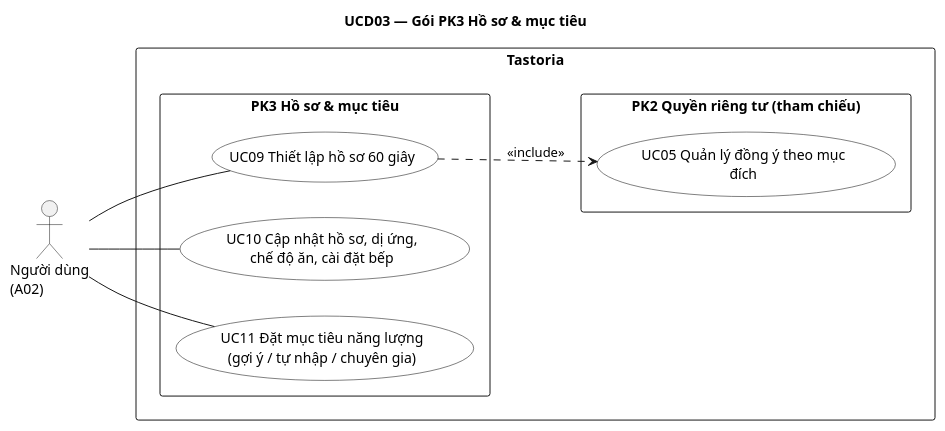
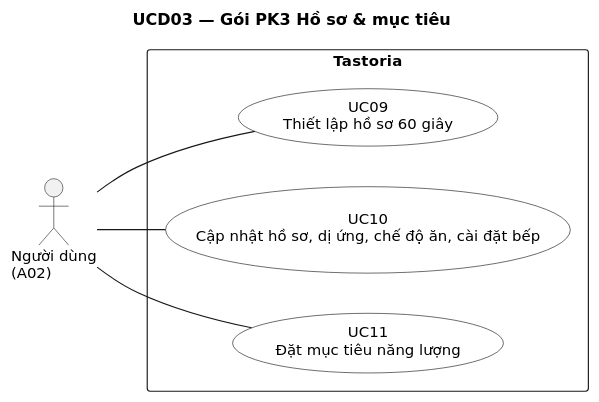
Before and after one commit to NamBuw/Tastoria: the diagram in docs/uml/usecase/UCD03-ho-so-muc-tieu.puml, drawn with PlantUML. The commit also changed 484 other files, not shown here.

First line of the commit message:
docs: split UML and ERD diagrams into one-topic views from a single model

```diff
--- a/docs/uml/usecase/UCD03-ho-so-muc-tieu.puml
+++ b/docs/uml/usecase/UCD03-ho-so-muc-tieu.puml
@@ -1,30 +1,27 @@
 @startuml
 title UCD03 — Gói PK3 Hồ sơ & mục tiêu
-' Sinh từ docs/sad/model.yaml (actors, use_cases, rels). Không sửa tay mã định danh.
+' Sinh từ docs/sad/tools/diagrams/model.py — sửa ở đó rồi chạy gen_puml.py, không sửa tay.
+skinparam shadowing false
+skinparam defaultFontName DejaVu Sans
+skinparam defaultFontSize 13
+skinparam dpi 110
+
 left to right direction
 skinparam packageStyle rectangle
 skinparam actorStyle stick
 skinparam usecase {
   BackgroundColor White
   BorderColor Black
 }
 
 actor "Người dùng\n(A02)" as A02
-
 rectangle "Tastoria" {
-  package "PK3 Hồ sơ & mục tiêu" as PK3 {
-    usecase "UC09 Thiết lập hồ sơ 60 giây" as UC09
-    usecase "UC10 Cập nhật hồ sơ, dị ứng,\nchế độ ăn, cài đặt bếp" as UC10
-    usecase "UC11 Đặt mục tiêu năng lượng\n(gợi ý / tự nhập / chuyên gia)" as UC11
-  }
-  package "PK2 Quyền riêng tư (tham chiếu)" as PK2 {
-    usecase "UC05 Quản lý đồng ý theo mục\nđích" as UC05
-  }
+  usecase "UC09\nThiết lập hồ sơ 60 giây" as UC09
+  usecase "UC10\nCập nhật hồ sơ, dị ứng, chế độ ăn, cài đặt bếp" as UC10
+  usecase "UC11\nĐặt mục tiêu năng lượng" as UC11
 }
 
 A02 -- UC09
 A02 -- UC10
 A02 -- UC11
-
-UC09 ..> UC05 : <<include>>
 @enduml
```
